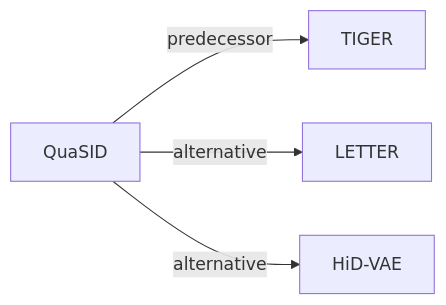
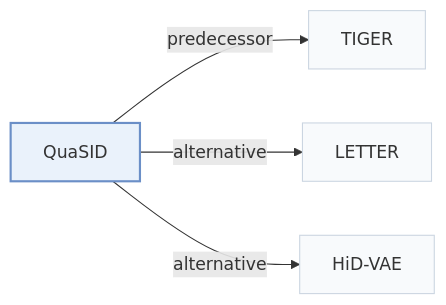
One commit to Galaxy-ghost/Awesome-SID-Generative-Rec changed the second of 2 diagrams in pages/papers/quasid.md. Above: the diagram before and after it, drawn with Mermaid. The commit also changed other lines of this file and 649 other files, not shown here.

Commit message:
writer-05: also tags and modality index (schema, check, build, visuals); summary field removed; calibration data for 12 papers

````diff
--- a/pages/papers/quasid.md
+++ b/pages/papers/quasid.md
@@ -68,7 +74,11 @@
 ```mermaid
 flowchart LR
     P["QuaSID"]
-    P -->|predecessor| A["TIGER"]
-    P -->|alternative| B["LETTER"]
-    P -->|alternative| C["HiD-VAE"]
+    P -->|"predecessor"| A["TIGER"]
+    P -->|"alternative"| B["LETTER"]
+    P -->|"alternative"| C["HiD-VAE"]
+    classDef main fill:#eaf2fb,stroke:#6b8fc7,stroke-width:2px
+    classDef peer fill:#f8fafc,stroke:#cbd5e1
+    class P main
+    class A,B,C peer
 ```
````
